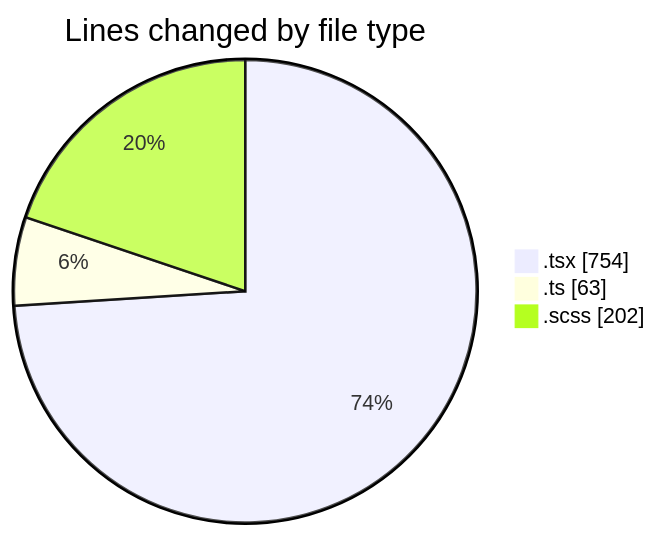
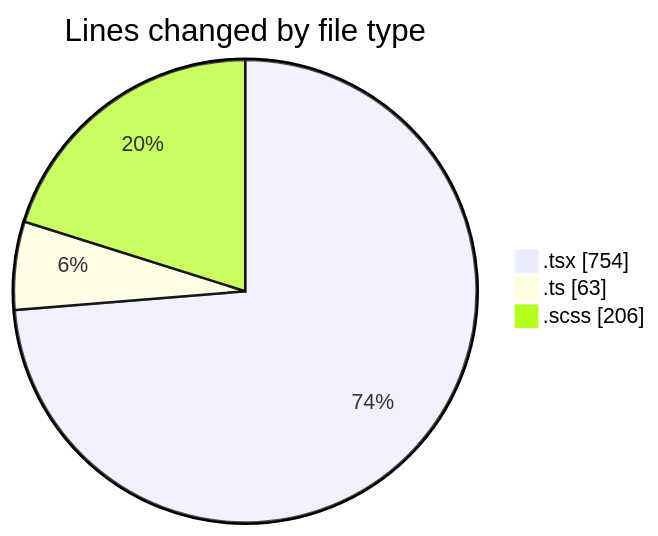
Before and after one commit to momahboobian/code-tracking: the first of 2 diagrams in 2025-04-02/cda/README.md, drawn with Mermaid. The commit also changed other lines of this file and 1 other file, not shown here.

````diff
--- a/2025-04-02/cda/README.md
+++ b/2025-04-02/cda/README.md
@@ -25,7 +25,7 @@
 ```mermaid
 pie showData
 title Lines changed by file type
 ".tsx" : 754
 ".ts" : 63
-".scss" : 202
+".scss" : 206
 ```
````
